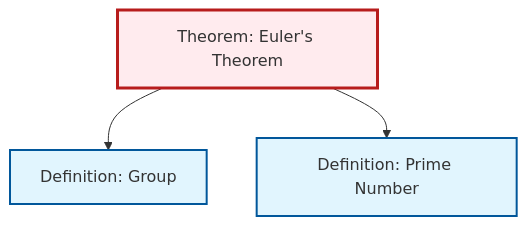
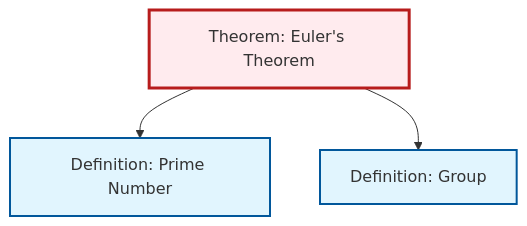
The diagram in content/en/number-theory/thm-euler.qmd (RK0429/ModernMath), drawn with Mermaid before and after one commit. The commit also changed 511 other files, not shown here.

````diff
--- a/content/en/number-theory/thm-euler.qmd
+++ b/content/en/number-theory/thm-euler.qmd
@@ -49,18 +49,15 @@
 ```{mermaid}
 %%| fig-cap: "Local dependency graph"
 graph TD
     classDef definition fill:#e1f5fe,stroke:#01579b,stroke-width:2px
     classDef theorem fill:#f3e5f5,stroke:#4a148c,stroke-width:2px
     classDef axiom fill:#fff3e0,stroke:#e65100,stroke-width:2px
     classDef example fill:#e8f5e9,stroke:#1b5e20,stroke-width:2px
     classDef current fill:#ffebee,stroke:#b71c1c,stroke-width:3px
+    def-prime["Definition: Prime Number"]:::definition
     def-group["Definition: Group"]:::definition
-    def-prime["Definition: Prime Number"]:::definition
     thm-euler["Theorem: Euler's Theorem"]:::theorem
+    thm-euler --> def-prime
     thm-euler --> def-group
-    thm-euler --> def-prime
     class thm-euler current
-
-    click def-group "def-group.html" "Go to Group definition"
-    click def-prime "def-prime.html" "Go to Prime Number definition"
 ```
````
